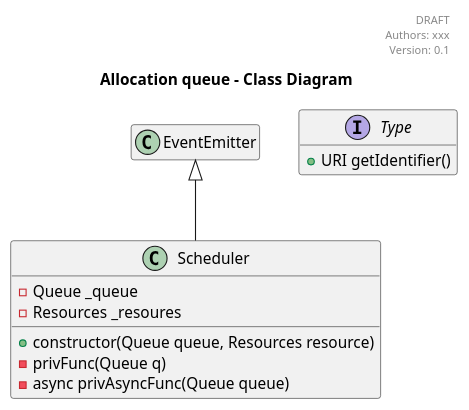
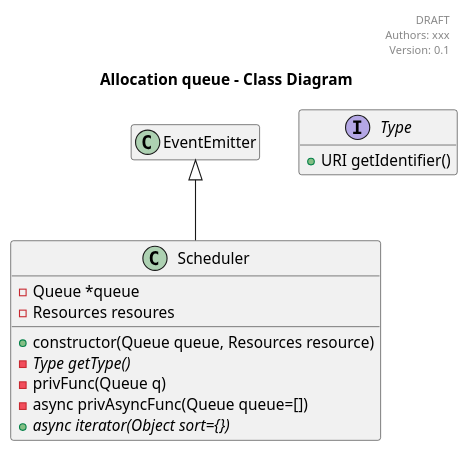
The diagram in examples/sample.puml (jupe/puml2code), drawn with PlantUML before and after one commit. The commit also changed 7 other files, not shown here.

```diff
--- a/examples/sample.puml
+++ b/examples/sample.puml
@@ -1,31 +1,33 @@
 @startuml
 
 header
 DRAFT
 Authors: xxx
 Version: 0.1
 endheader
 
 hide empty members
 
 title Allocation queue - Class Diagram
 
 
 interface Type {
     +URI getIdentifier()
 }
 
 class Scheduler {
     +constructor(Queue queue, Resources resource)
+    -{abstract}Type getType()
     -privFunc(Queue q)
-    -async privAsyncFunc(Queue queue)
-    -Queue _queue
-    -Resources _resoures
+    -async privAsyncFunc(Queue queue=[])
+    +{abstract} async iterator(Object sort={})
+    -Queue *queue
+    -Resources resoures
 }
 
 
 class EventEmitter
 Scheduler -up-|> EventEmitter
 
 
 @enduml
```
